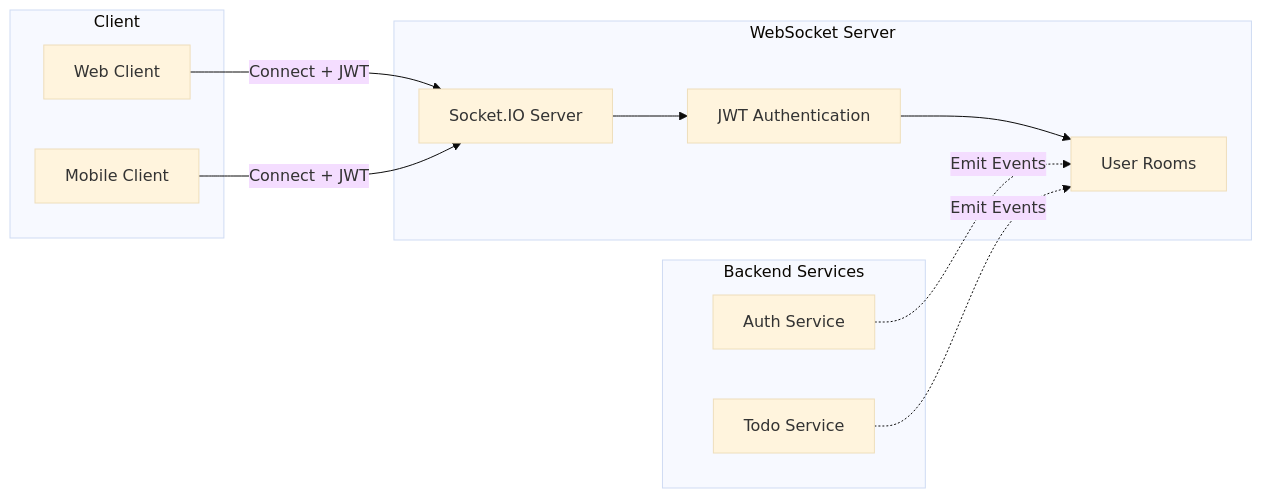
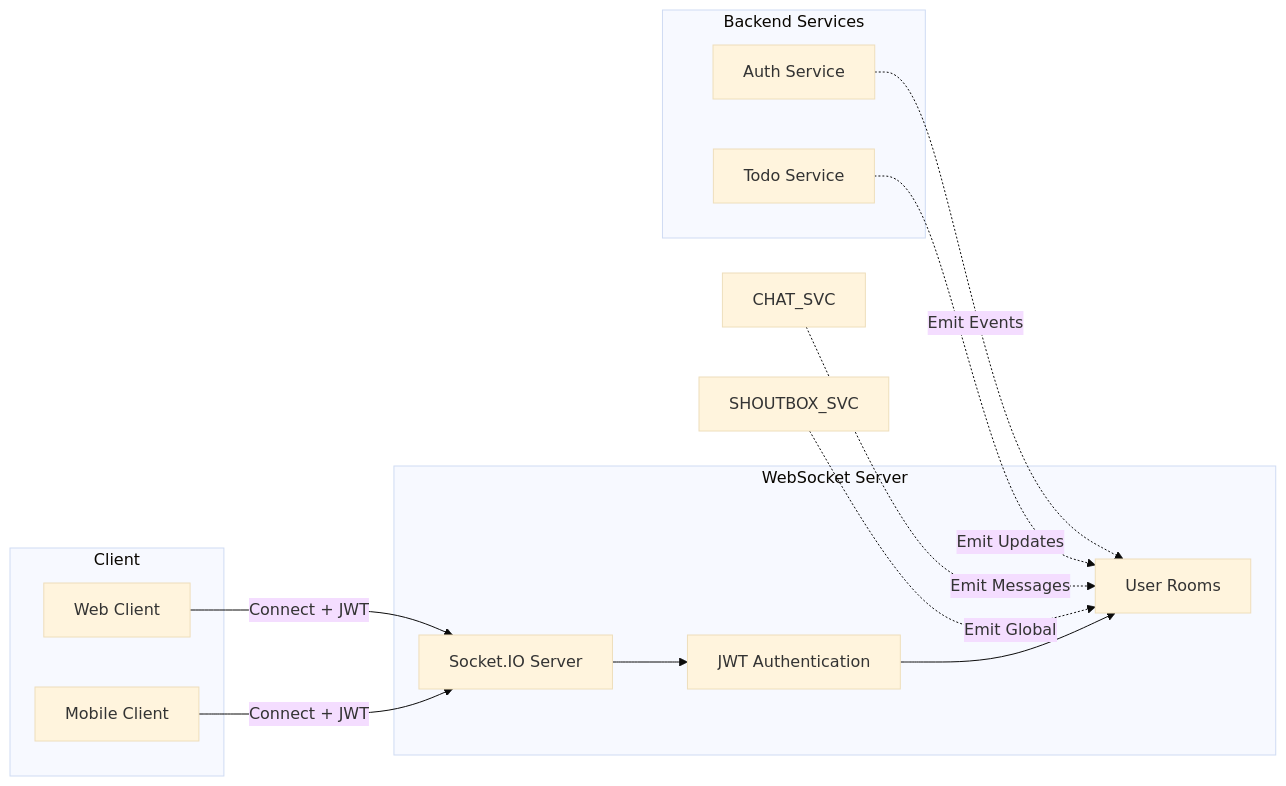
Before and after one commit to shahadot786/fullstack-master-repo: the fourth of 11 diagrams in docs/ARCHITECTURE.md, drawn with Mermaid (base theme). The commit also changed other lines of this file and 16 other files, not shown here.

````diff
--- a/docs/ARCHITECTURE.md
+++ b/docs/ARCHITECTURE.md
@@ -189,26 +189,28 @@
 ```mermaid
 graph LR
     subgraph "Client"
         WEB_CLIENT[Web Client]
         MOBILE_CLIENT[Mobile Client]
     end
 
     subgraph "WebSocket Server"
         WS_SERVER[Socket.IO Server]
         WS_AUTH[JWT Authentication]
         WS_ROOMS[User Rooms]
     end
 
     subgraph "Backend Services"
         AUTH_SVC[Auth Service]
         TODO_SVC[Todo Service]
     end
 
     WEB_CLIENT -->|Connect + JWT| WS_SERVER
     MOBILE_CLIENT -->|Connect + JWT| WS_SERVER
     WS_SERVER --> WS_AUTH
     WS_AUTH --> WS_ROOMS
     
     AUTH_SVC -.->|Emit Events| WS_ROOMS
-    TODO_SVC -.->|Emit Events| WS_ROOMS
+    CHAT_SVC -.->|Emit Messages| WS_ROOMS
+    SHOUTBOX_SVC -.->|Emit Global| WS_ROOMS
+    TODO_SVC -.->|Emit Updates| WS_ROOMS
 ```
````
